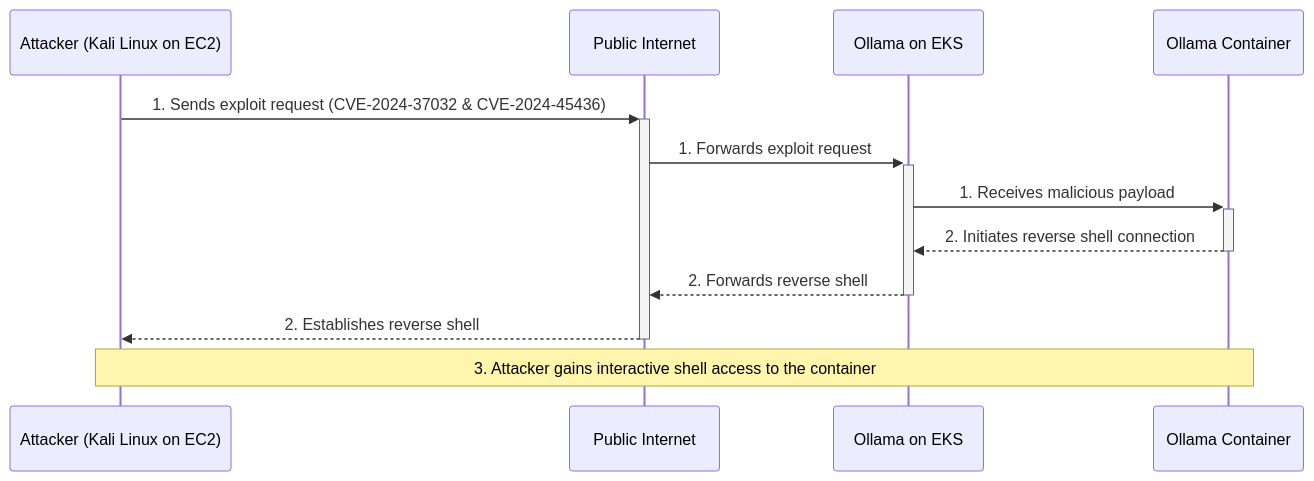
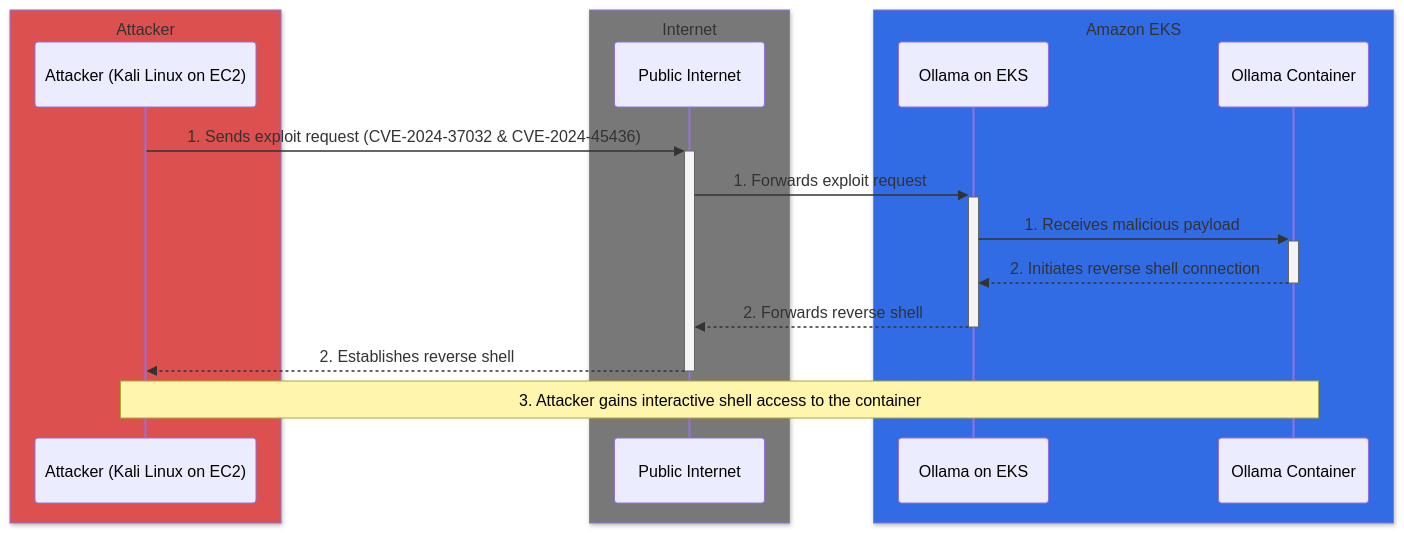
Before and after one commit to ruzickap/ruzickap.github.io: the diagram in _posts/2025/2025-07-10-ollama-k8s-exploitation.md, drawn with Mermaid. The commit also changed 4 other files, not shown here.

First line of the commit message:
docs: add colors to mermaid diagrams (#562)

````diff
--- a/_posts/2025/2025-07-10-ollama-k8s-exploitation.md
+++ b/_posts/2025/2025-07-10-ollama-k8s-exploitation.md
@@ -37,15 +37,21 @@
 ```mermaid
 sequenceDiagram
-    participant Attacker (Kali Linux on EC2)
-    participant Public Internet
-    participant Ollama on EKS
-    participant Ollama Container
+    box rgb(220, 80, 80) Attacker
+      participant ATK as Attacker (Kali Linux on EC2)
+    end
+    box rgb(120, 120, 120) Internet
+      participant NET as Public Internet
+    end
+    box rgb(50, 108, 229) Amazon EKS
+      participant EKS as Ollama on EKS
+      participant POD as Ollama Container
+    end
 
-    Attacker (Kali Linux on EC2)->>+Public Internet: 1. Sends exploit request (CVE-2024-37032 & CVE-2024-45436)
-    Public Internet->>+Ollama on EKS: 1. Forwards exploit request
-    Ollama on EKS->>+Ollama Container: 1. Receives malicious payload
-    Ollama Container-->>-Ollama on EKS: 2. Initiates reverse shell connection
-    Ollama on EKS-->>-Public Internet: 2. Forwards reverse shell
-    Public Internet-->>-Attacker (Kali Linux on EC2): 2. Establishes reverse shell
-    Note over Attacker (Kali Linux on EC2), Ollama Container: 3. Attacker gains interactive shell access to the container
+    ATK->>+NET: 1. Sends exploit request (CVE-2024-37032 & CVE-2024-45436)
+    NET->>+EKS: 1. Forwards exploit request
+    EKS->>+POD: 1. Receives malicious payload
+    POD-->>-EKS: 2. Initiates reverse shell connection
+    EKS-->>-NET: 2. Forwards reverse shell
+    NET-->>-ATK: 2. Establishes reverse shell
+    Note over ATK, POD: 3. Attacker gains interactive shell access to the container
 ```
````
